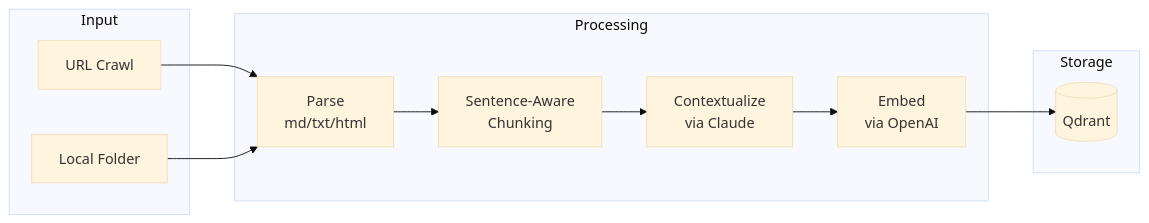
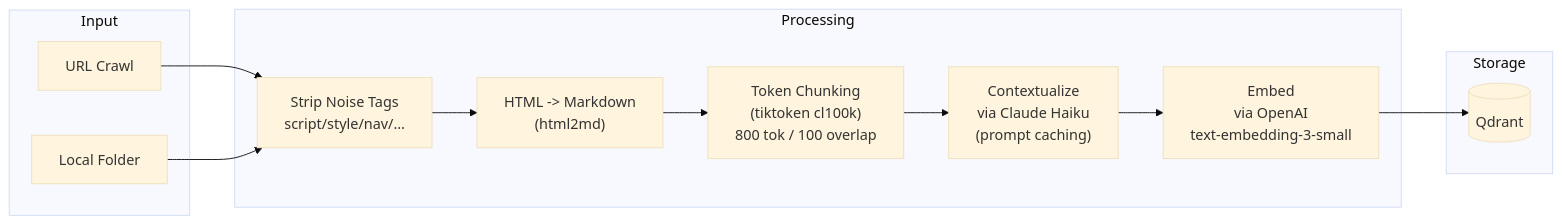
Before and after one commit to samwang0723/kenjaku: the sixth of 9 diagrams in docs/architect.md, drawn with Mermaid (base theme). The commit also changed other lines of this file and 2 other files, not shown here.

First line of the commit message:
docs: sync README/CLAUDE/architect with current codebase

````diff
--- a/docs/architect.md
+++ b/docs/architect.md
@@ -275,25 +275,27 @@
 ```mermaid
 flowchart LR
     subgraph Input
         URL[URL Crawl]
         DIR[Local Folder]
     end
 
     subgraph Processing
-        PARSE["Parse<br/>md/txt/html"]
-        CHUNK["Sentence-Aware<br/>Chunking"]
-        CTX["Contextualize<br/>via Claude"]
-        EMBED["Embed<br/>via OpenAI"]
+        CLEAN["Strip Noise Tags<br/>script/style/nav/..."]
+        MD["HTML -> Markdown<br/>(html2md)"]
+        CHUNK["Token Chunking<br/>(tiktoken cl100k)<br/>800 tok / 100 overlap"]
+        CTX["Contextualize<br/>via Claude Haiku<br/>(prompt caching)"]
+        EMBED["Embed<br/>via OpenAI<br/>text-embedding-3-small"]
     end
 
     subgraph Storage
         QD[(Qdrant)]
     end
 
-    URL --> PARSE
-    DIR --> PARSE
-    PARSE --> CHUNK
+    URL --> CLEAN
+    DIR --> CLEAN
+    CLEAN --> MD
+    MD --> CHUNK
     CHUNK --> CTX
     CTX --> EMBED
     EMBED --> QD
 ```
````
